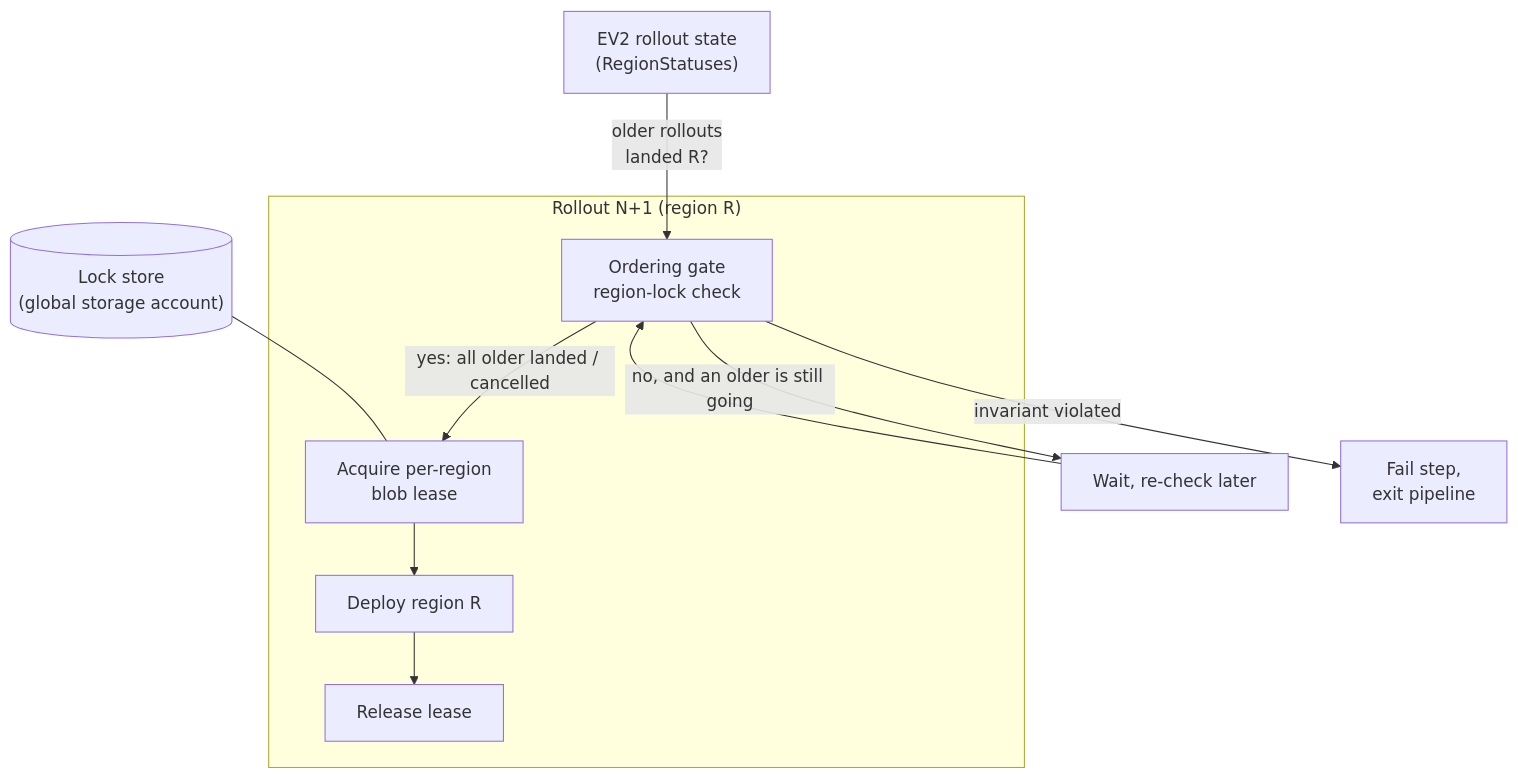
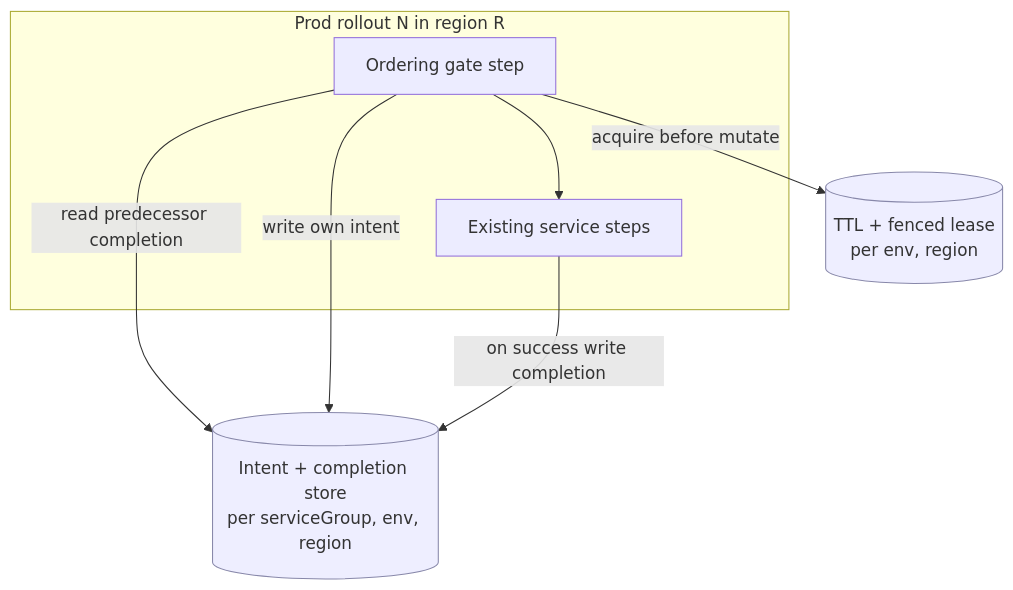
The second of 7 diagrams in docs/ev2-region-lock.md (Azure/ARO-HCP), drawn with Mermaid before and after one commit. The commit also changed other lines of this file and 1 other file, not shown here.

First line of the commit message:
docs(ev2): reframe region-lock design around incremental rollouts (AROSLSRE-1567)

````diff
--- a/docs/ev2-region-lock.md
+++ b/docs/ev2-region-lock.md
@@ -113,16 +129,14 @@
 ```mermaid
 flowchart TD
-    subgraph rollout_np1["Rollout N+1 (region R)"]
-        gate["Ordering gate<br/>region-lock check"]
-        lease["Acquire per-region<br/>blob lease"]
-        deploy["Deploy region R"]
-        release["Release lease"]
+    subgraph rollout[Prod rollout N in region R]
+        gate[Ordering gate step] --> deploy[Existing service steps]
     end
-    status["EV2 rollout state<br/>(RegionStatuses)"] -->|older rollouts<br/>landed R?| gate
-    gate -->|"yes: all older landed / cancelled"| lease
-    gate -->|"no, and an older is still going"| wait["Wait, re-check later"]
-    wait --> gate
-    gate -->|"invariant violated"| fail["Fail step,<br/>exit pipeline"]
-    lease --> deploy --> release
-    store[("Lock store<br/>(global storage account)")] --- lease
+    store[(Intent + completion store<br/>per serviceGroup, env, region)]
+    lease[(TTL + fenced lease<br/>per env, region)]
+    gate -->|read predecessor completion| store
+    gate -->|write own intent| store
+    gate -->|acquire before mutate| lease
+    deploy -->|on success write completion| store
+    classDef s fill:#eef,stroke:#88a
+    class store,lease s
 ```
````
